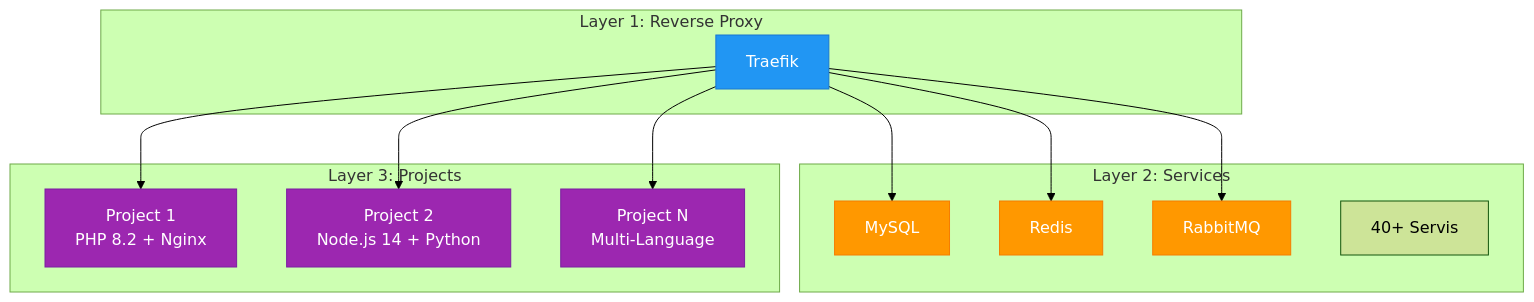
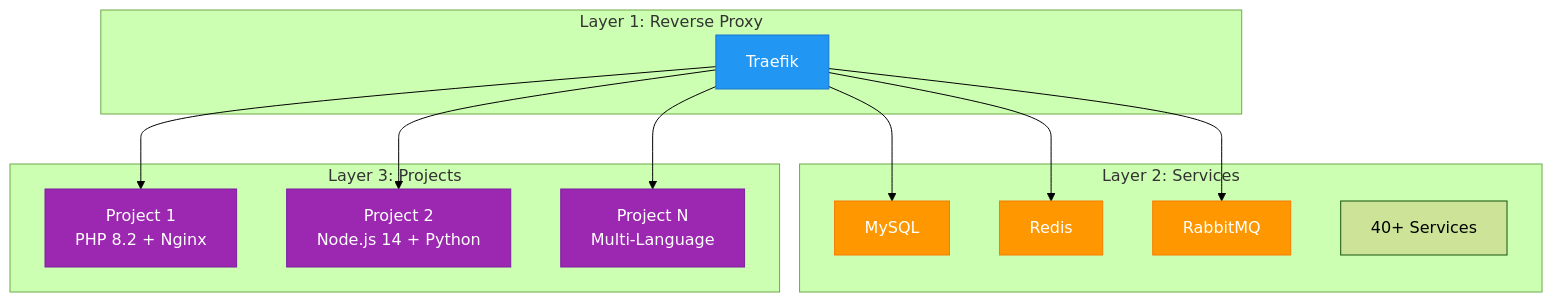
One commit to stackvo/stackvo changed the diagram in docs/en/started/introduction.md. Above: the diagram before and after it, drawn with Mermaid (forest theme). The commit also changed other lines of this file and 63 other files, not shown here.

````diff
--- a/docs/en/started/introduction.md
+++ b/docs/en/started/introduction.md
@@ -94,34 +96,34 @@
 ```mermaid
 graph TB
     subgraph "Layer 1: Reverse Proxy"
         A[Traefik]
     end
 
     subgraph "Layer 2: Services"
         B[MySQL]
         C[Redis]
         D[RabbitMQ]
-        E[40+ Servis]
+        E[40+ Services]
     end
 
     subgraph "Layer 3: Projects"
         F[Project 1<br/>PHP 8.2 + Nginx]
         G[Project 2<br/>Node.js 14 + Python]
         H[Project N<br/>Multi-Language]
     end
 
     A --> B
     A --> C
     A --> D
     A --> F
     A --> G
     A --> H
 
     style A fill:#2196F3,stroke:#1976D2,color:#fff
     style B fill:#FF9800,stroke:#F57C00,color:#fff
     style C fill:#FF9800,stroke:#F57C00,color:#fff
     style D fill:#FF9800,stroke:#F57C00,color:#fff
     style F fill:#9C27B0,stroke:#7B1FA2,color:#fff
     style G fill:#9C27B0,stroke:#7B1FA2,color:#fff
     style H fill:#9C27B0,stroke:#7B1FA2,color:#fff
 ```
````
